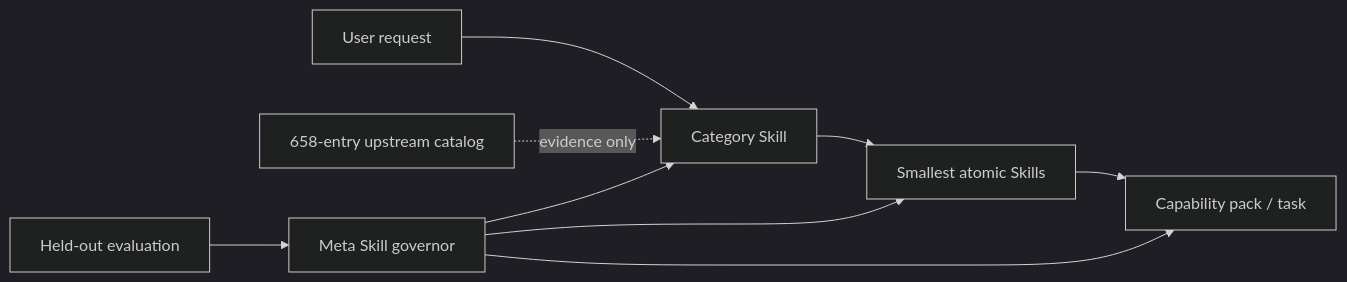
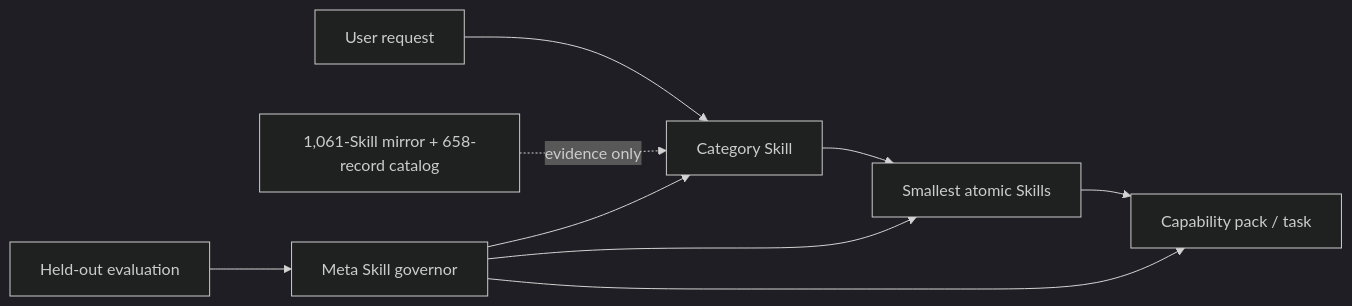
One commit to WnagoiYy/skillpack-one changed the diagram in README.md. Above: the diagram before and after it, drawn with Mermaid (dark theme). The commit also changed other lines of this file and 442 other files, not shown here.

````diff
--- a/README.md
+++ b/README.md
@@ -15,11 +15,11 @@
 ```mermaid
 flowchart LR
     R[User request] --> C[Category Skill]
     C --> A[Smallest atomic Skills]
     A --> P[Capability pack / task]
-    U[658-entry upstream catalog] -. evidence only .-> C
+    U[1,061-Skill mirror + 658-record catalog] -. evidence only .-> C
     M[Meta Skill governor] --> C
     M --> A
     M --> P
     E[Held-out evaluation] --> M
 ```
````
